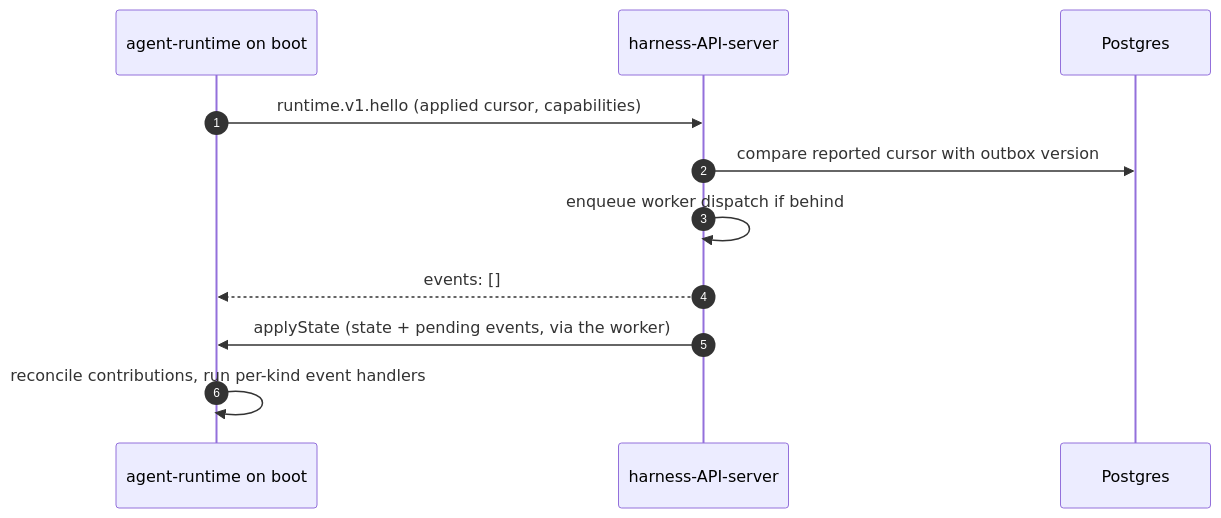
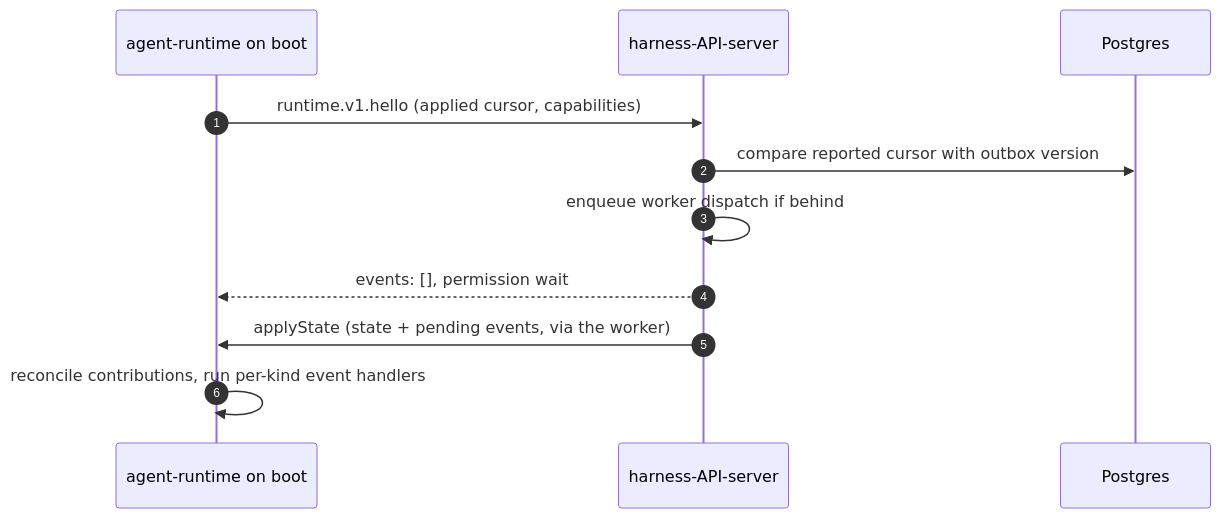
Before and after one commit to dam-agents/dam: the third of 5 diagrams in docs/architecture/runtime-delivery.md, drawn with Mermaid. The commit also changed other lines of this file and 28 other files, not shown here.

````diff
--- a/docs/architecture/runtime-delivery.md
+++ b/docs/architecture/runtime-delivery.md
@@ -169,14 +169,14 @@
 ```mermaid
 sequenceDiagram
   autonumber
   participant RT as agent-runtime on boot
   participant HS as harness-API-server
   participant PG as Postgres
 
   RT->>HS: runtime.v1.hello (applied cursor, capabilities)
   HS->>PG: compare reported cursor with outbox version
   HS->>HS: enqueue worker dispatch if behind
-  HS-->>RT: events: []
+  HS-->>RT: events: [], permission wait
   HS->>RT: applyState (state + pending events, via the worker)
   RT->>RT: reconcile contributions, run per-kind event handlers
 ```
````
